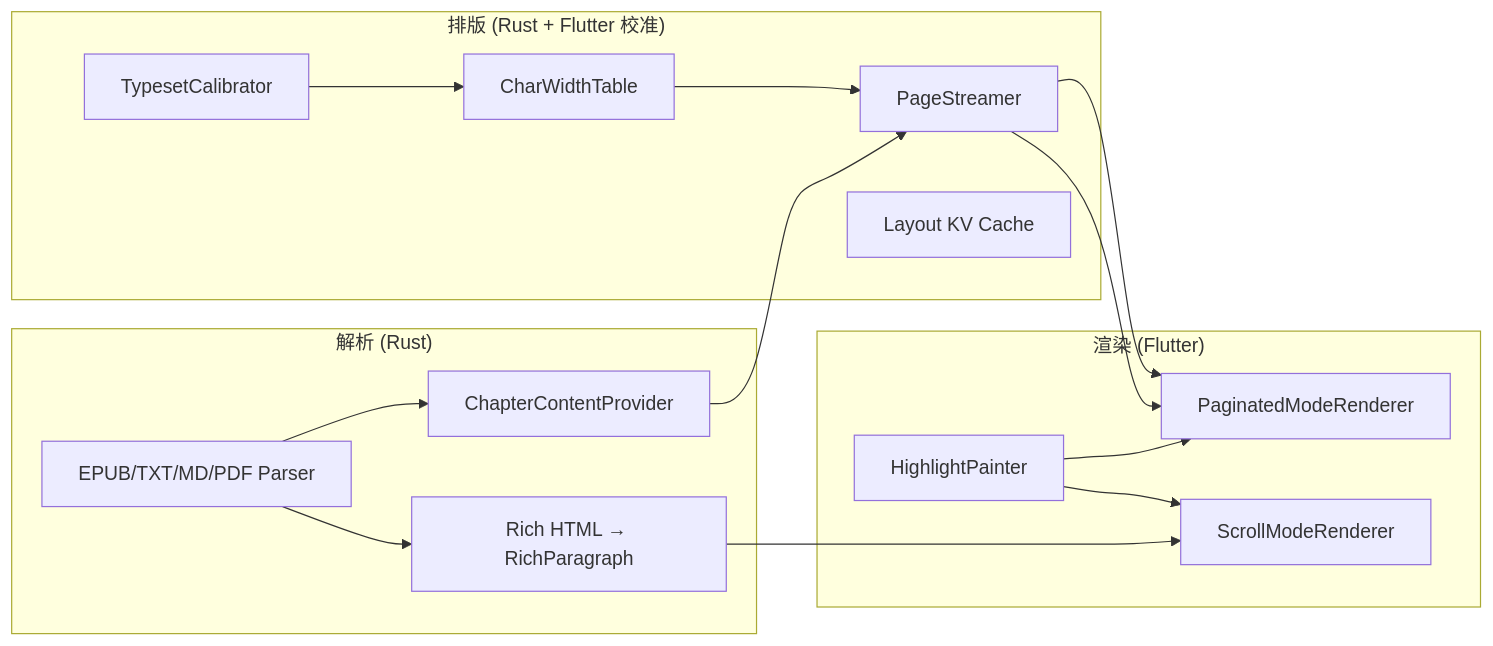
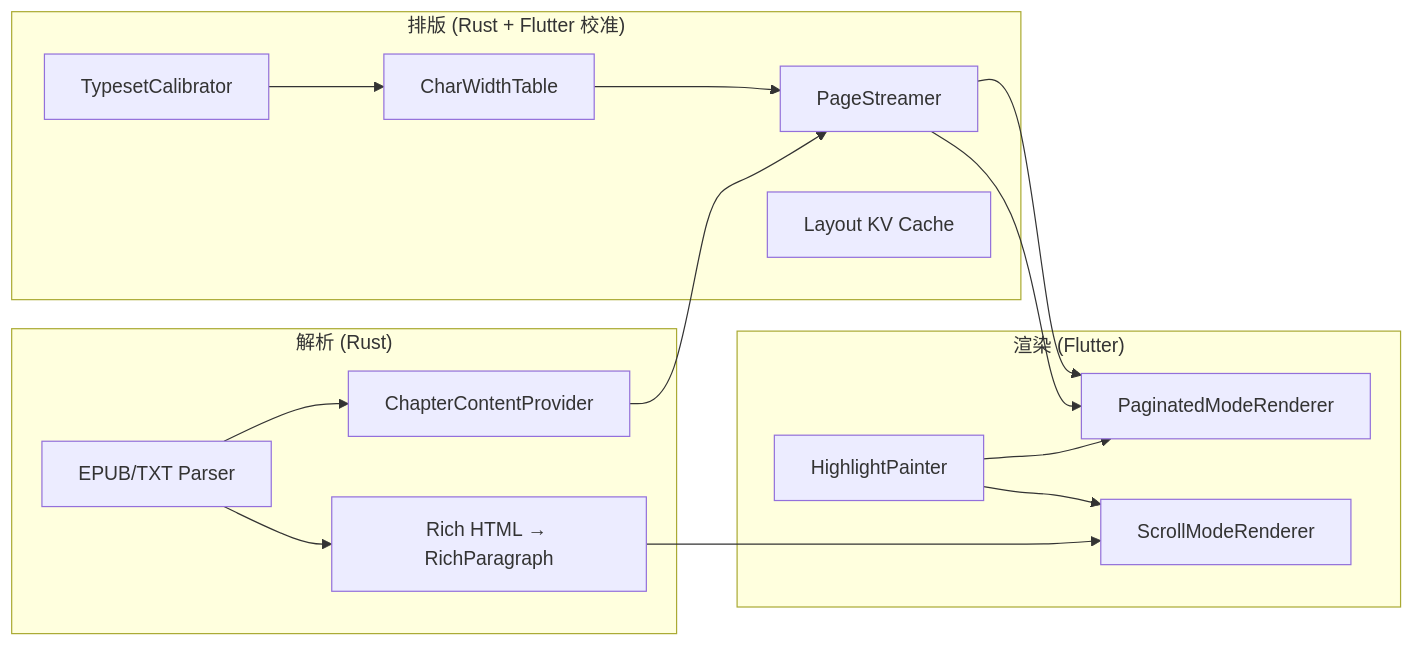
The diagram in issue/CORE_PIPELINE_REVIEW.md (zephyr-qu/zephyr_reader), drawn with Mermaid before and after one commit. The commit also changed other lines of this file and 15 other files, not shown here.

````diff
--- a/issue/CORE_PIPELINE_REVIEW.md
+++ b/issue/CORE_PIPELINE_REVIEW.md
@@ -12,31 +12,31 @@
 ```mermaid
 flowchart LR
     subgraph Parse["解析 (Rust)"]
-        A1[EPUB/TXT/MD/PDF Parser]
+        A1[EPUB/TXT Parser]
         A2[ChapterContentProvider]
         A3[Rich HTML → RichParagraph]
     end
 
     subgraph Typeset["排版 (Rust + Flutter 校准)"]
         B1[TypesetCalibrator]
         B2[CharWidthTable]
         B3[PageStreamer]
         B4[Layout KV Cache]
     end
 
     subgraph Render["渲染 (Flutter)"]
         C1[PaginatedModeRenderer]
         C2[ScrollModeRenderer]
         C3[HighlightPainter]
     end
 
     A1 --> A2
     A2 --> B3
     A1 --> A3
     B1 --> B2 --> B3
     B3 --> C1
     A3 --> C2
     B3 --> C1
     C3 --> C1
     C3 --> C2
 ```
````
